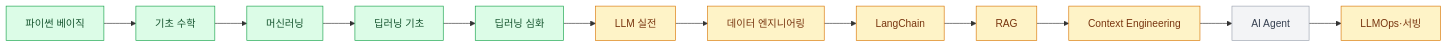
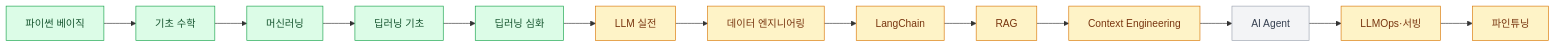
Before and after one commit to ysl727727/TIL: the diagram in README.md, drawn with Mermaid. The commit also changed other lines of this file and 7 other files, not shown here.

````diff
--- a/README.md
+++ b/README.md
@@ -27,12 +27,12 @@
 ```mermaid
 flowchart LR
     PY[파이썬 베이직] --> BM[기초 수학] --> ML[머신러닝] --> DLB[딥러닝 기초] --> DLA[딥러닝 심화] --> LLM[LLM 실전]
-    LLM --> DE[데이터 엔지니어링] --> LC[LangChain] --> RAG[RAG] --> CE[Context Engineering] --> AG[AI Agent] --> OPS[LLMOps·서빙]
+    LLM --> DE[데이터 엔지니어링] --> LC[LangChain] --> RAG[RAG] --> CE[Context Engineering] --> AG[AI Agent] --> OPS[LLMOps·서빙] --> FT[파인튜닝]
 
     classDef done fill:#dcfce7,stroke:#16a34a,color:#14532d
     classDef now fill:#fef3c7,stroke:#d97706,color:#78350f
     classDef next fill:#f3f4f6,stroke:#9ca3af,color:#374151
     class PY,BM,ML,DLB,DLA done
-    class LLM,DE,LC,RAG,CE,OPS now
+    class LLM,DE,LC,RAG,CE,OPS,FT now
     class AG next
 ```
````
